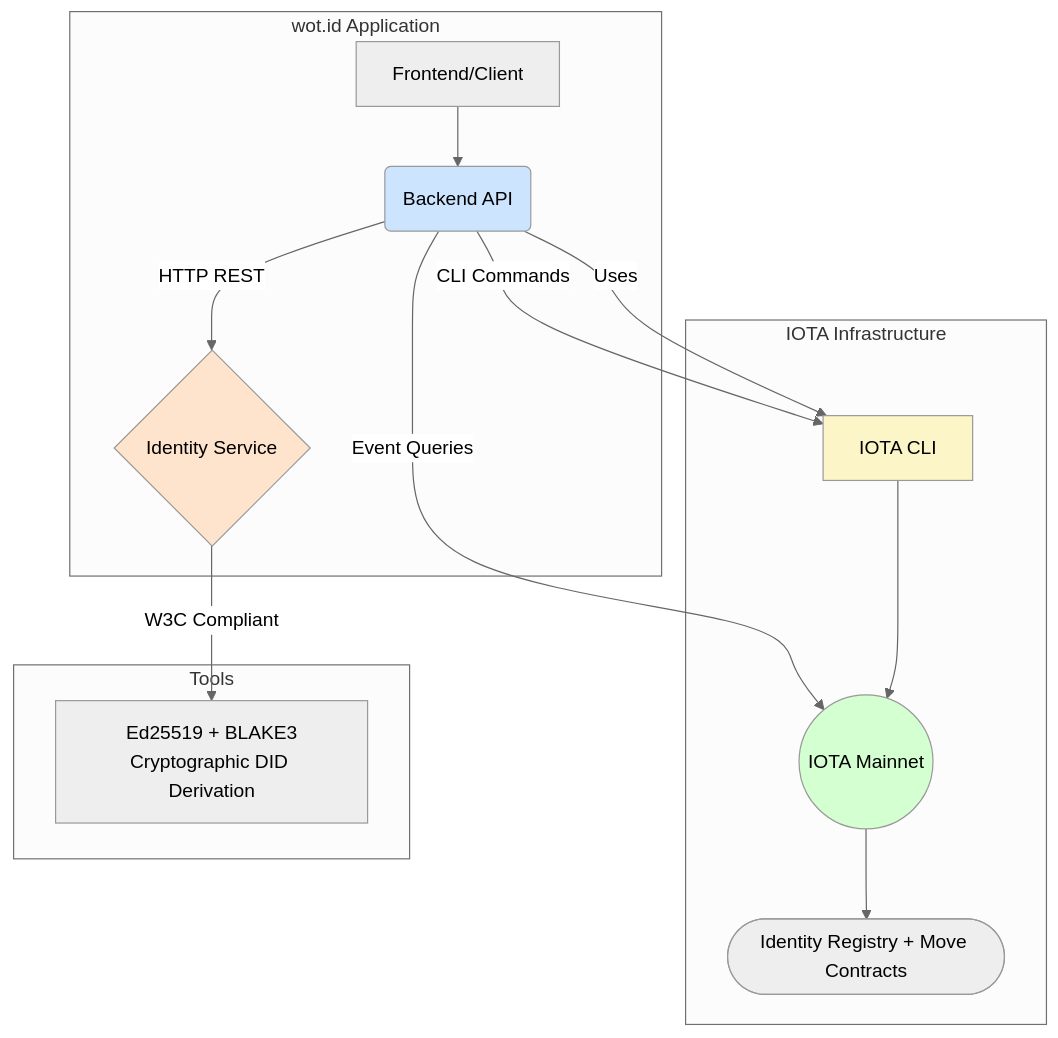
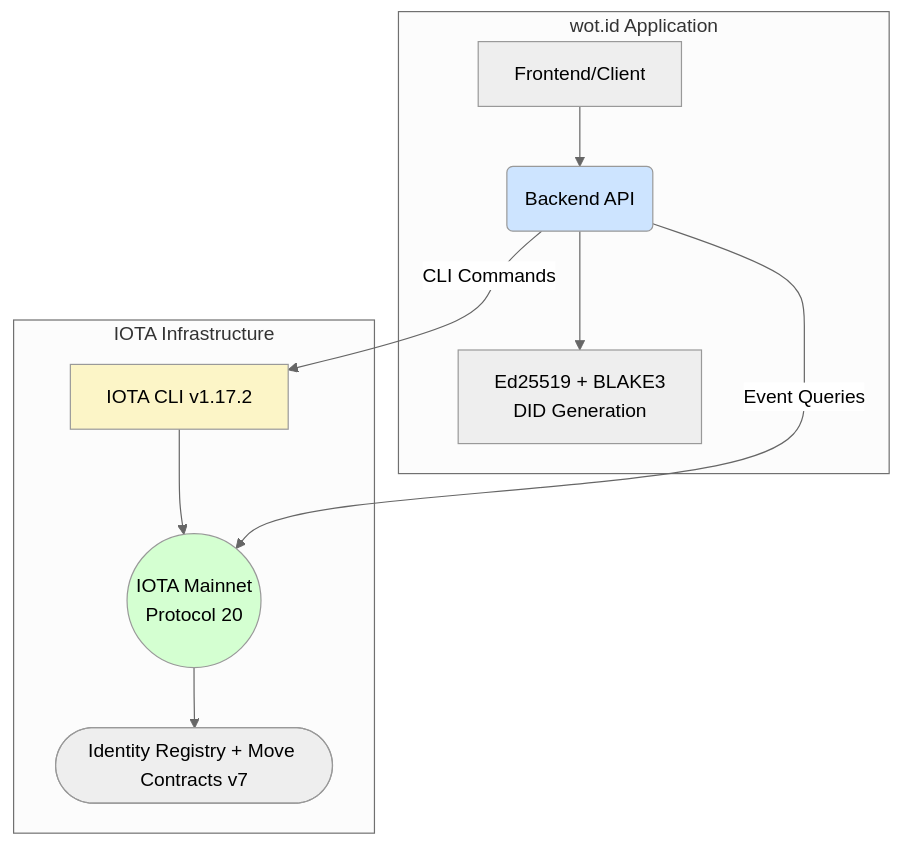
One commit to theweboftrust/wot.id-public-docs changed the first of 7 diagrams in 02_System_Architecture.md. Above: the diagram before and after it, drawn with Mermaid (neutral theme). The commit also changed other lines of this file, not shown here.

````diff
--- a/02_System_Architecture.md
+++ b/02_System_Architecture.md
@@ -296,27 +286,21 @@
 ```mermaid
 graph TD
     subgraph "wot.id Application"
         Client[Frontend/Client] --> Backend_API(Backend API)
-        Backend_API -- HTTP REST --> Identity_Service{Identity Service}
+        Backend_API --> DID_Gen[Ed25519 + BLAKE3<br/>DID Generation]
     end
 
     subgraph "IOTA Infrastructure"
-        IOTA_CLI[IOTA CLI] --> IOTA_Node((IOTA Mainnet))
-        IOTA_Node --> Move_Contracts([Identity Registry + Move Contracts])
-    end
-
-    subgraph "Tools"
-        Identity_Service -- W3C Compliant --> Ed25519_BLAKE3[Ed25519 + BLAKE3<br/>Cryptographic DID Derivation]
-        Backend_API -- Uses --> IOTA_CLI
+        IOTA_CLI[IOTA CLI v1.17.2] --> IOTA_Node((IOTA Mainnet<br/>Protocol 20))
+        IOTA_Node --> Move_Contracts([Identity Registry + Move Contracts v7])
     end
 
     %% Interactions
     Backend_API -- "CLI Commands" --> IOTA_CLI
     Backend_API -- "Event Queries" --> IOTA_Node
 
     %% Styling
     style Backend_API fill:#cde4ff
-    style Identity_Service fill:#ffe4cd
     style IOTA_Node fill:#d4ffd1
     style IOTA_CLI fill:#fcf5c7
 ```
````
